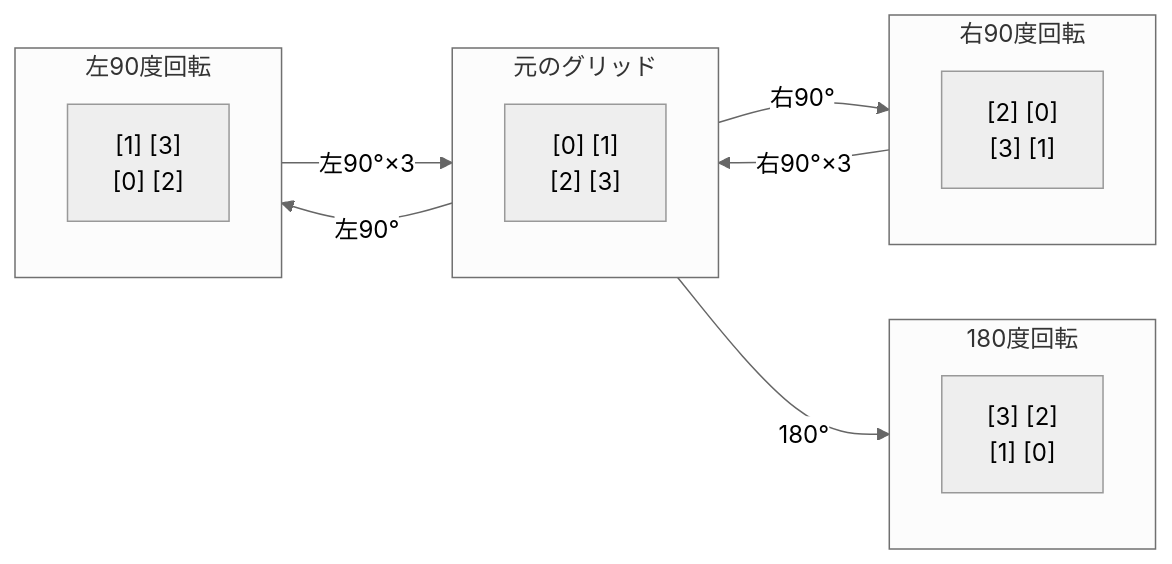
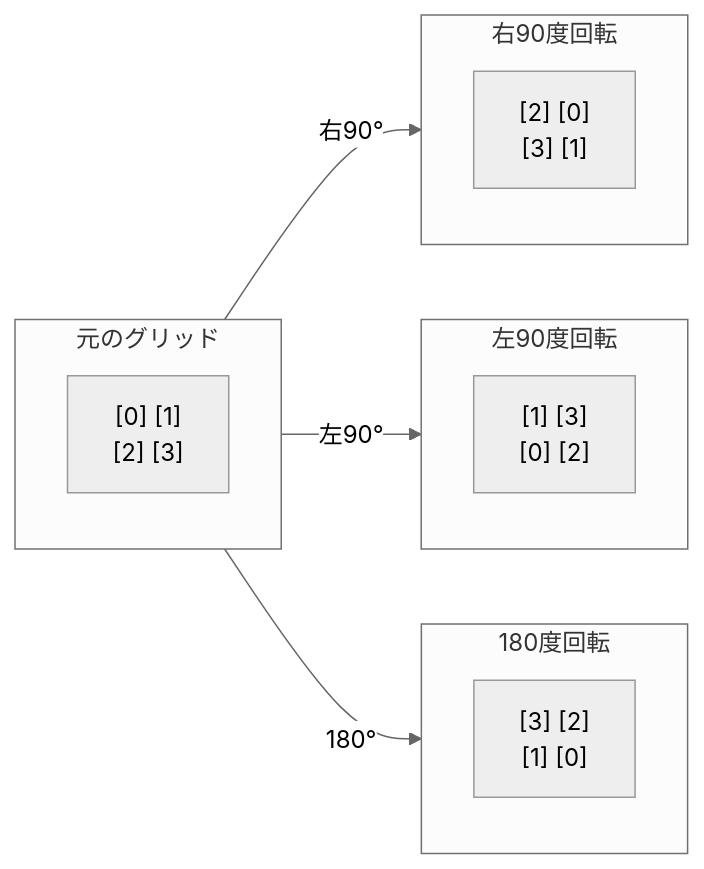
Before and after one commit to motani-info/minatore: the eighth of 9 diagrams in .kiro/specs/elementary-exam-app/design.md, drawn with Mermaid (neutral theme). The commit also changed other lines of this file and 3 other files, not shown here.

````diff
--- a/.kiro/specs/elementary-exam-app/design.md
+++ b/.kiro/specs/elementary-exam-app/design.md
@@ -740,25 +973,19 @@
 ```mermaid
 graph LR
     subgraph Original["元のグリッド"]
-        direction TB
         O["[0] [1]<br/>[2] [3]"]
     end
     subgraph Right90["右90度回転"]
-        direction TB
         R["[2] [0]<br/>[3] [1]"]
     end
     subgraph Left90["左90度回転"]
-        direction TB
         L["[1] [3]<br/>[0] [2]"]
     end
     subgraph Rot180["180度回転"]
-        direction TB
         R2["[3] [2]<br/>[1] [0]"]
     end
 
     Original -- "右90°" --> Right90
     Original -- "左90°" --> Left90
     Original -- "180°" --> Rot180
-    Right90 -- "右90°×3" --> Original
-    Left90 -- "左90°×3" --> Original
 ```
````
